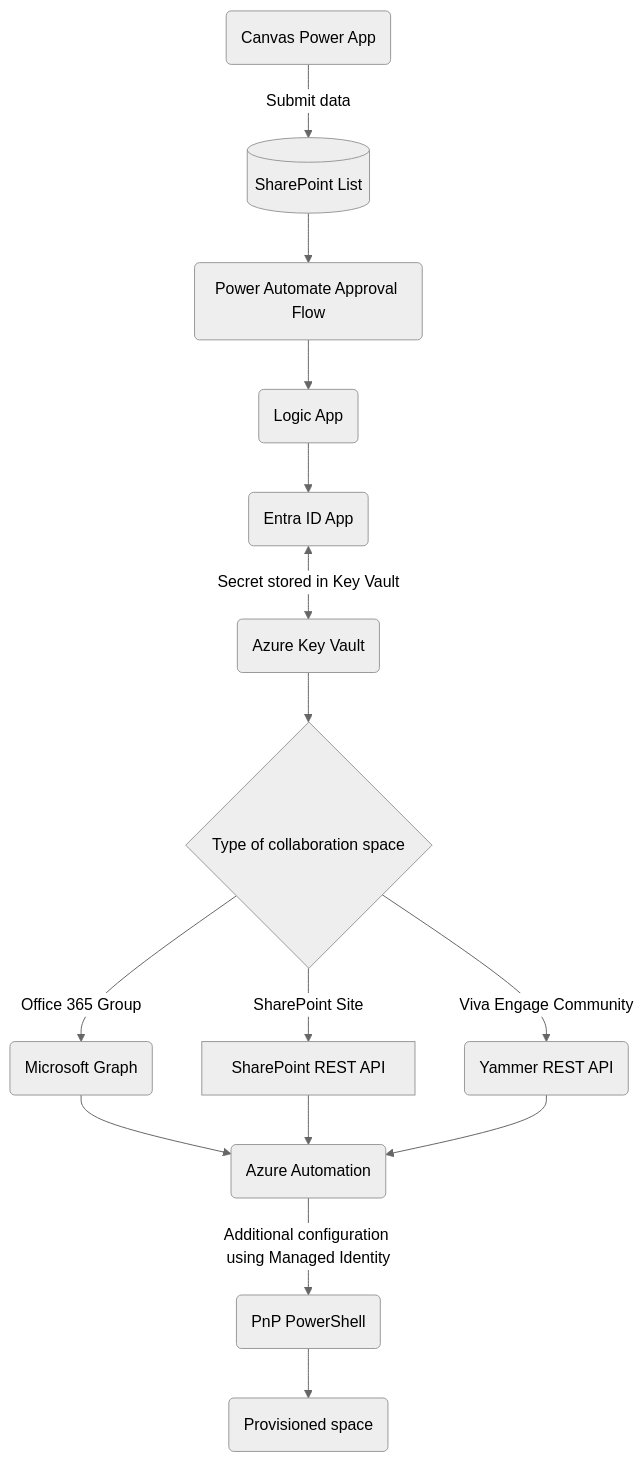
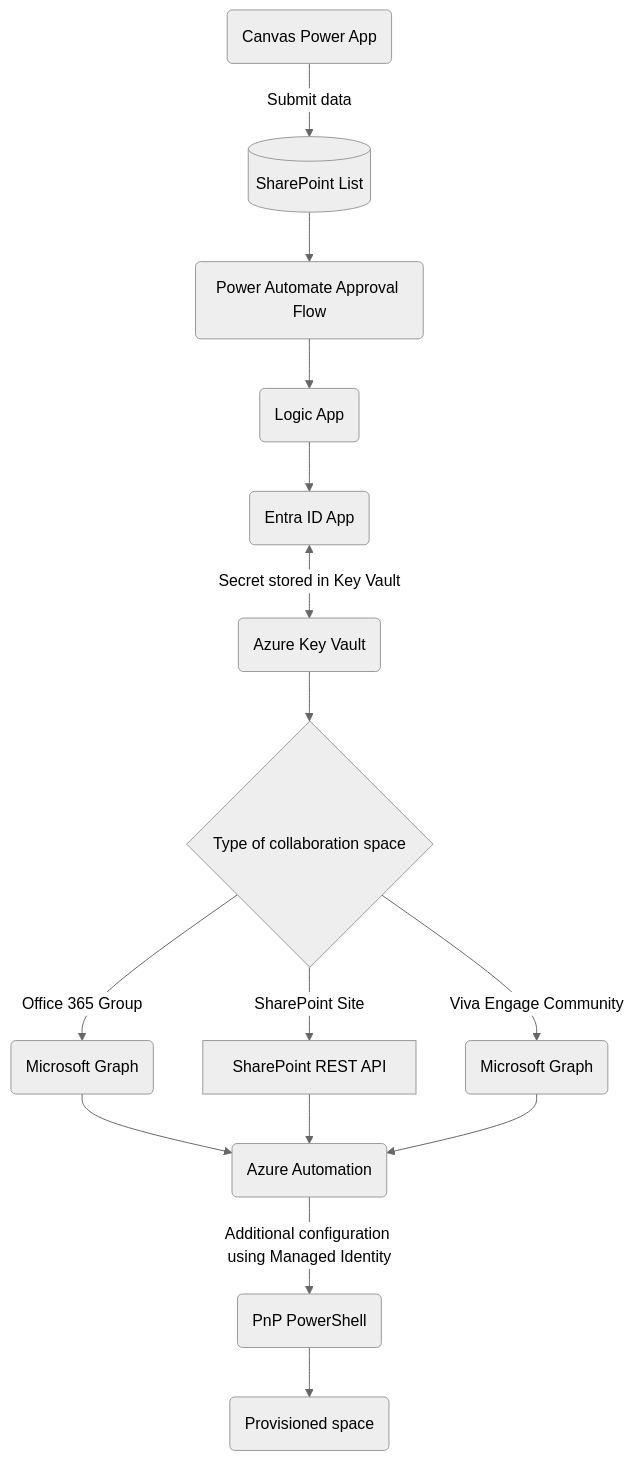
The diagram in Architecture.md (pnp/provision-assist-m365), drawn with Mermaid (neutral theme) before and after one commit. The commit also changed 5 other files, not shown here.

Commit message:
Implementation of new graph endpoint for community creation

```````diff
--- a/Architecture.md
+++ b/Architecture.md
@@ -5,10 +5,10 @@
 ``` mermaid
 graph TD
     A(Canvas Power App) --> | Submit data | B[(SharePoint List)] --> C(Power Automate Approval Flow) --> D(Logic App) --> E(Entra ID App) <--> | Secret stored in Key Vault | F(Azure Key Vault) --> G{Type of collaboration space} --> |SharePoint Site| H[SharePoint REST API] 
     G --> | Office 365 Group | I(Microsoft Graph)
-    G --> | Viva Engage Community | J(Yammer REST API) 
+    G --> | Viva Engage Community | J(Microsoft Graph) 
     I --> K(Azure Automation)
     H --> K
     J --> K
     K --> | Additional configuration using Managed Identity | L(PnP PowerShell) --> M(Provisioned space)
 ``````
```````
